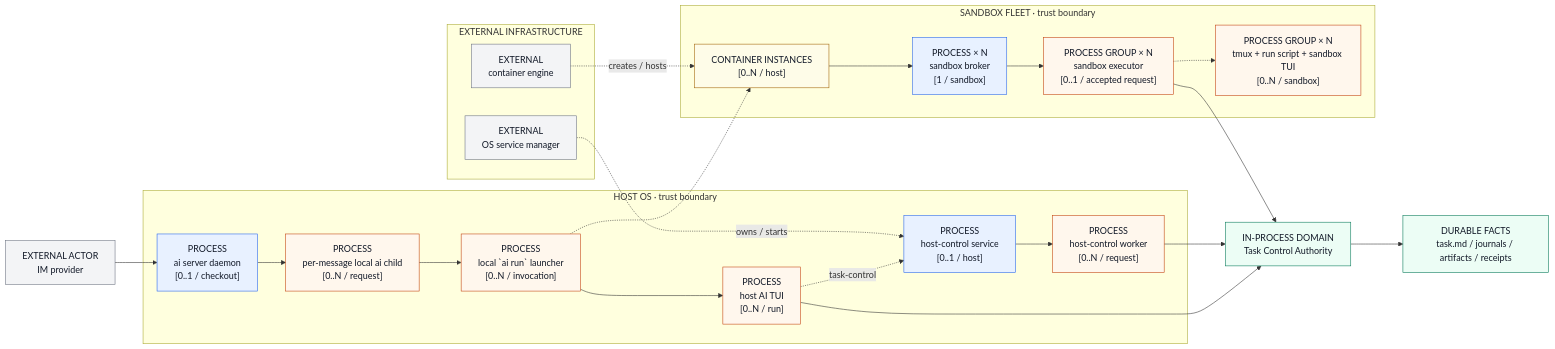
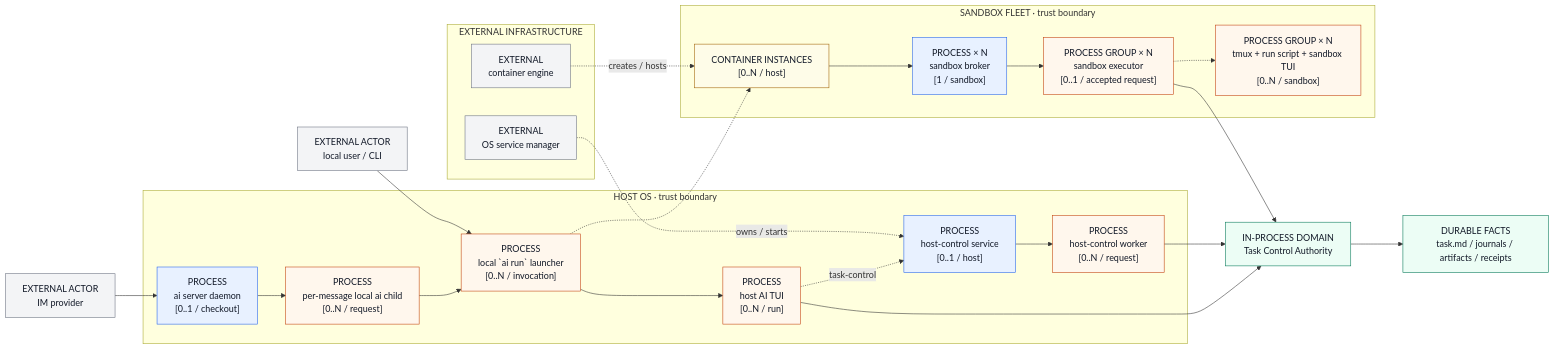
One commit to fitlab-ai/agent-infra changed the second of 3 diagrams in docs/en/architecture.md. Above: the diagram before and after it, drawn with Mermaid. The commit also changed 1 other file, not shown here.

Commit message:
docs(architecture): restore local cli entry

````diff
--- a/docs/en/architecture.md
+++ b/docs/en/architecture.md
@@ -57,50 +57,52 @@
 ```mermaid
 flowchart LR
   classDef process fill:#e8f1ff,stroke:#2563eb,color:#111827;
   classDef processGroup fill:#fff7ed,stroke:#c2410c,color:#111827;
   classDef domain fill:#ecfdf5,stroke:#047857,color:#111827;
   classDef boundary fill:#fefce8,stroke:#a16207,color:#111827;
   classDef external fill:#f3f4f6,stroke:#6b7280,color:#111827;
 
   IM["EXTERNAL ACTOR<br/>IM provider"]:::external
+  LOCAL["EXTERNAL ACTOR<br/>local user / CLI"]:::external
 
   subgraph H["HOST OS · trust boundary"]
     D["PROCESS<br/>ai server daemon<br/>[0..1 / checkout]"]:::process
     C["PROCESS<br/>per-message local ai child<br/>[0..N / request]"]:::processGroup
     L["PROCESS<br/>local `ai run` launcher<br/>[0..N / invocation]"]:::processGroup
     HT["PROCESS<br/>host AI TUI<br/>[0..N / run]"]:::processGroup
     HC["PROCESS<br/>host-control service<br/>[0..1 / host]"]:::process
     HW["PROCESS<br/>host-control worker<br/>[0..N / request]"]:::processGroup
   end
 
   subgraph F["SANDBOX FLEET · trust boundary"]
     SF["CONTAINER INSTANCES<br/>[0..N / host]"]:::boundary
     B["PROCESS × N<br/>sandbox broker<br/>[1 / sandbox]"]:::process
     E["PROCESS GROUP × N<br/>sandbox executor<br/>[0..1 / accepted request]"]:::processGroup
     R["PROCESS GROUP × N<br/>tmux + run script + sandbox TUI<br/>[0..N / sandbox]"]:::processGroup
   end
 
   subgraph X["EXTERNAL INFRASTRUCTURE"]
     ENG["EXTERNAL<br/>container engine"]:::external
     SM["EXTERNAL<br/>OS service manager"]:::external
   end
 
   TA["IN-PROCESS DOMAIN<br/>Task Control Authority"]:::domain
   STATE["DURABLE FACTS<br/>task.md / journals / artifacts / receipts"]:::domain
 
   IM --> D
+  LOCAL --> L
   D --> C --> L
   L --> HT
   L -.-> SF
   SF --> B
   B --> E
   E -.-> R
   SM -. owns / starts .-> HC
   HC --> HW
   ENG -. creates / hosts .-> SF
   HT -. task-control .-> HC
   HW --> TA
   HT --> TA
   E --> TA
   TA --> STATE
 ```
````
